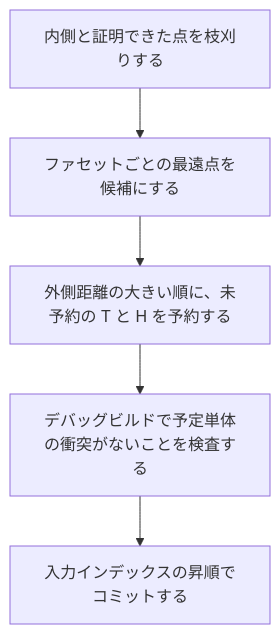
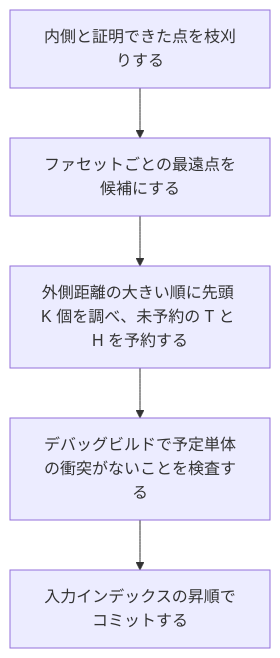
The second of 2 diagrams in docs/design.ja.md (YUKIKEDA/convx), drawn with Mermaid before and after one commit. The commit also changed other lines of this file and 4 other files, not shown here.

````diff
--- a/docs/design.ja.md
+++ b/docs/design.ja.md
@@ -214,9 +214,9 @@
 ```mermaid
 flowchart TD
     scan["内側と証明できた点を枝刈りする"]
     pick["ファセットごとの最遠点を候補にする"]
-    reserve["外側距離の大きい順に、未予約の T と H を予約する"]
+    reserve["外側距離の大きい順に先頭 K 個を調べ、未予約の T と H を予約する"]
     conflict["デバッグビルドで予定単体の衝突がないことを検査する"]
     commit["入力インデックスの昇順でコミットする"]
     scan --> pick --> reserve --> conflict --> commit
 ```
````
